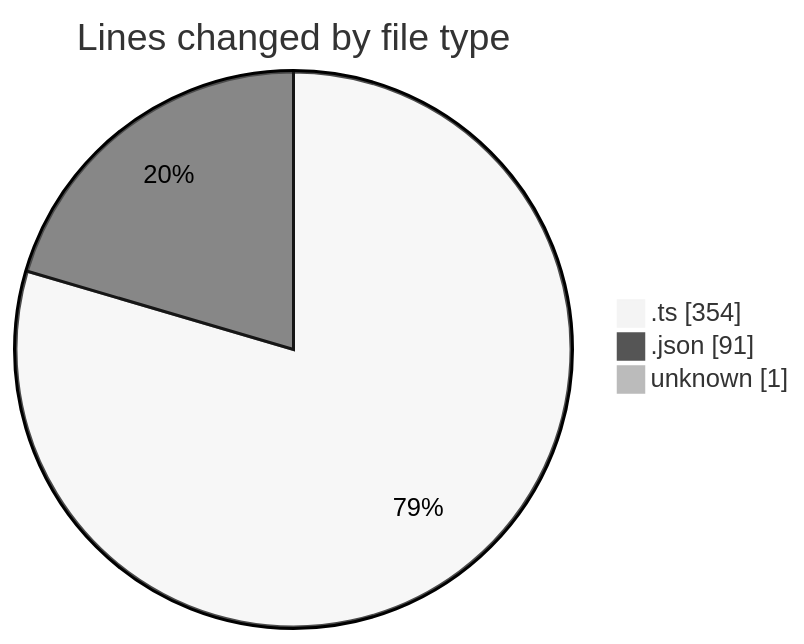
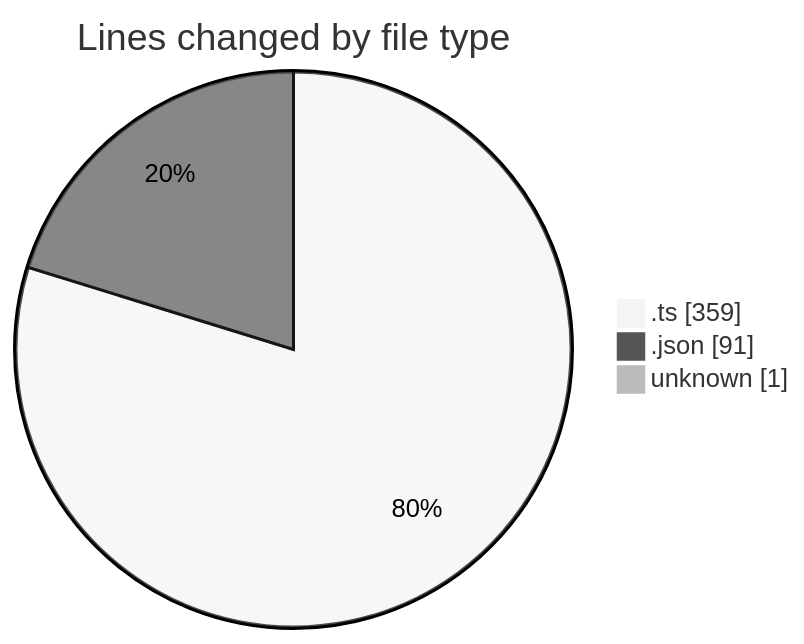
One commit to donsfak/code-tracking changed the first of 2 diagrams in 2025-02-08/maps_clone/README.md. Above: the diagram before and after it, drawn with Mermaid (neutral theme). The commit also changed other lines of this file and 1 other file, not shown here.

````diff
--- a/2025-02-08/maps_clone/README.md
+++ b/2025-02-08/maps_clone/README.md
@@ -22,7 +22,7 @@
 ```mermaid
 pie showData
 title Lines changed by file type
-".ts" : 354
+".ts" : 359
 ".json" : 91
 "unknown" : 1
 ```
````
